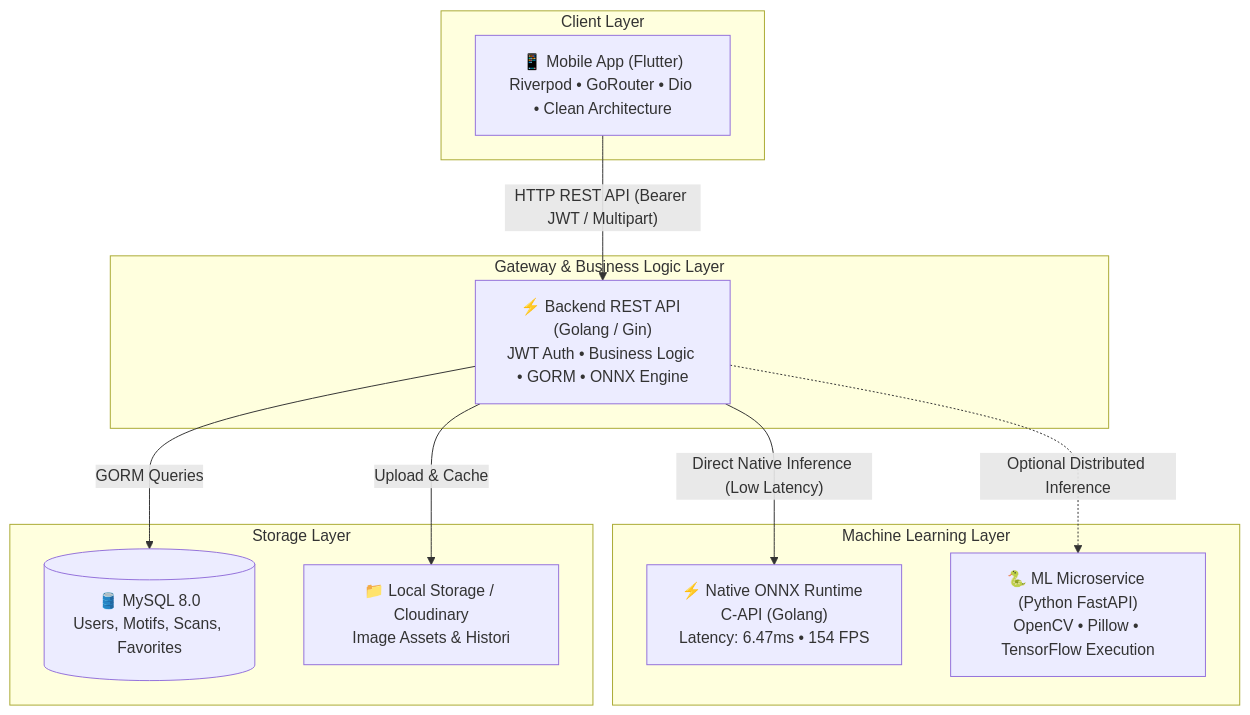
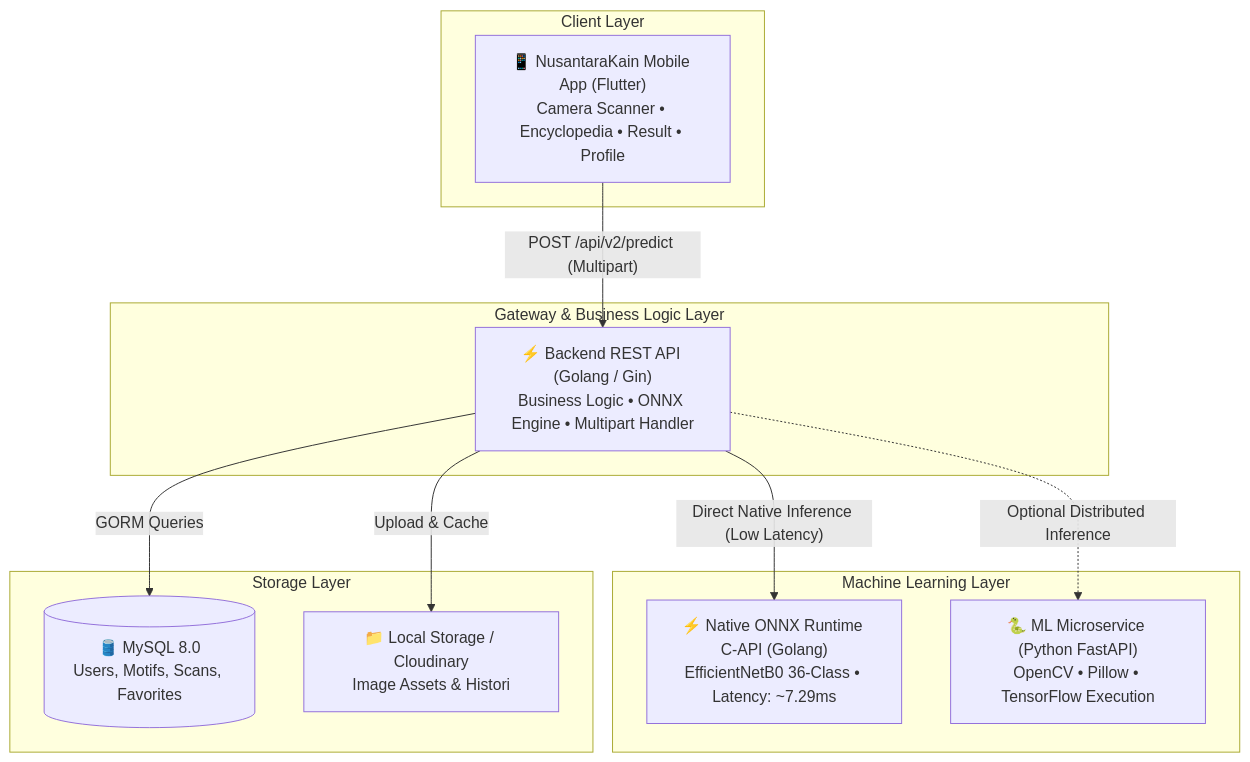
Before and after one commit to zakverse/Batik-AI-: the diagram in README.md, drawn with Mermaid. The commit also changed other lines of this file, not shown here.

First line of the commit message:
docs: rebrand README from Wastra AI to NusantaraKain v2.0.0

````diff
--- a/README.md
+++ b/README.md
@@ -91,26 +96,26 @@
 ```mermaid
 graph TD
     subgraph Client Layer
-        Mobile["📱 Mobile App (Flutter)<br/>Riverpod • GoRouter • Dio • Clean Architecture"]
+        Mobile["📱 NusantaraKain Mobile App (Flutter)<br/>Camera Scanner • Encyclopedia • Result • Profile"]
     end
 
     subgraph Gateway & Business Logic Layer
-        GolangAPI["⚡ Backend REST API (Golang / Gin)<br/>JWT Auth • Business Logic • GORM • ONNX Engine"]
+        GolangAPI["⚡ Backend REST API (Golang / Gin)<br/>Business Logic • ONNX Engine • Multipart Handler"]
     end
 
     subgraph Machine Learning Layer
-        ONNXEngine["⚡ Native ONNX Runtime C-API (Golang)<br/>Latency: 6.47ms • 154 FPS"]
+        ONNXEngine["⚡ Native ONNX Runtime C-API (Golang)<br/>EfficientNetB0 36-Class • Latency: ~7.29ms"]
         MLService["🐍 ML Microservice (Python FastAPI)<br/>OpenCV • Pillow • TensorFlow Execution"]
     end
 
     subgraph Storage Layer
         MySQL[("🛢️ MySQL 8.0<br/>Users, Motifs, Scans, Favorites")]
         Storage["📁 Local Storage / Cloudinary<br/>Image Assets & Histori"]
     end
 
-    Mobile -->|"HTTP REST API (Bearer JWT / Multipart)"| GolangAPI
+    Mobile -->|"POST /api/v2/predict (Multipart)"| GolangAPI
     GolangAPI -->|"Direct Native Inference (Low Latency)"| ONNXEngine
     GolangAPI -.->|"Optional Distributed Inference"| MLService
     GolangAPI -->|"GORM Queries"| MySQL
     GolangAPI -->|"Upload & Cache"| Storage
 ```
````
